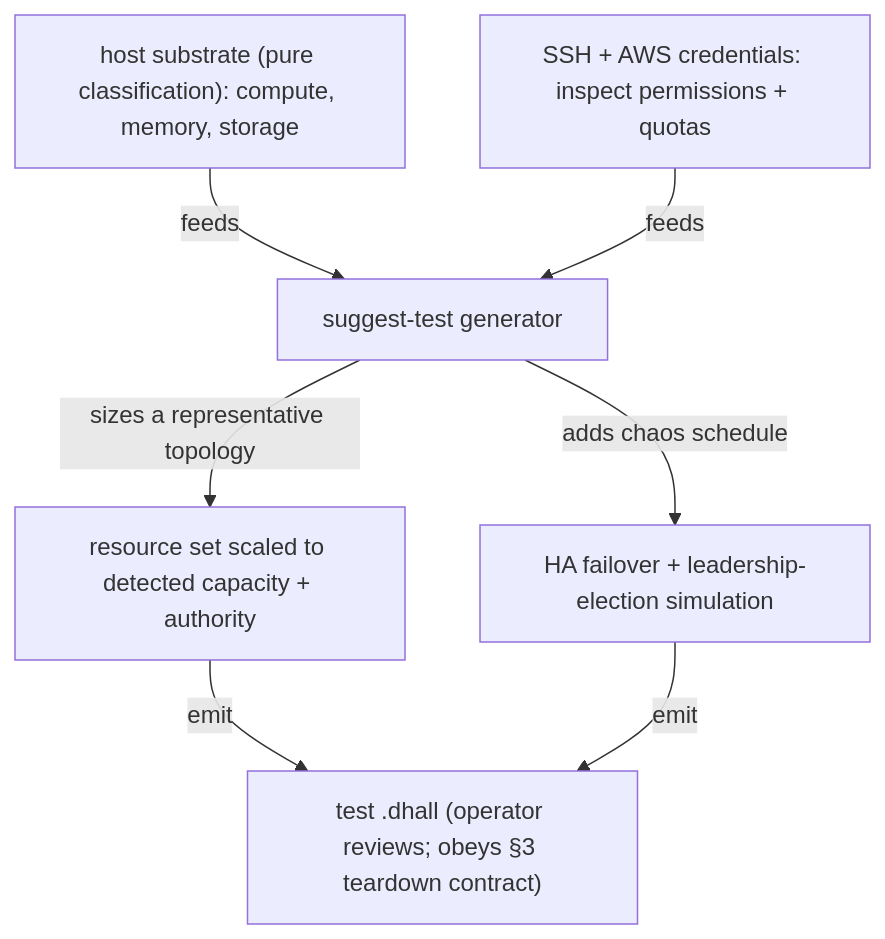
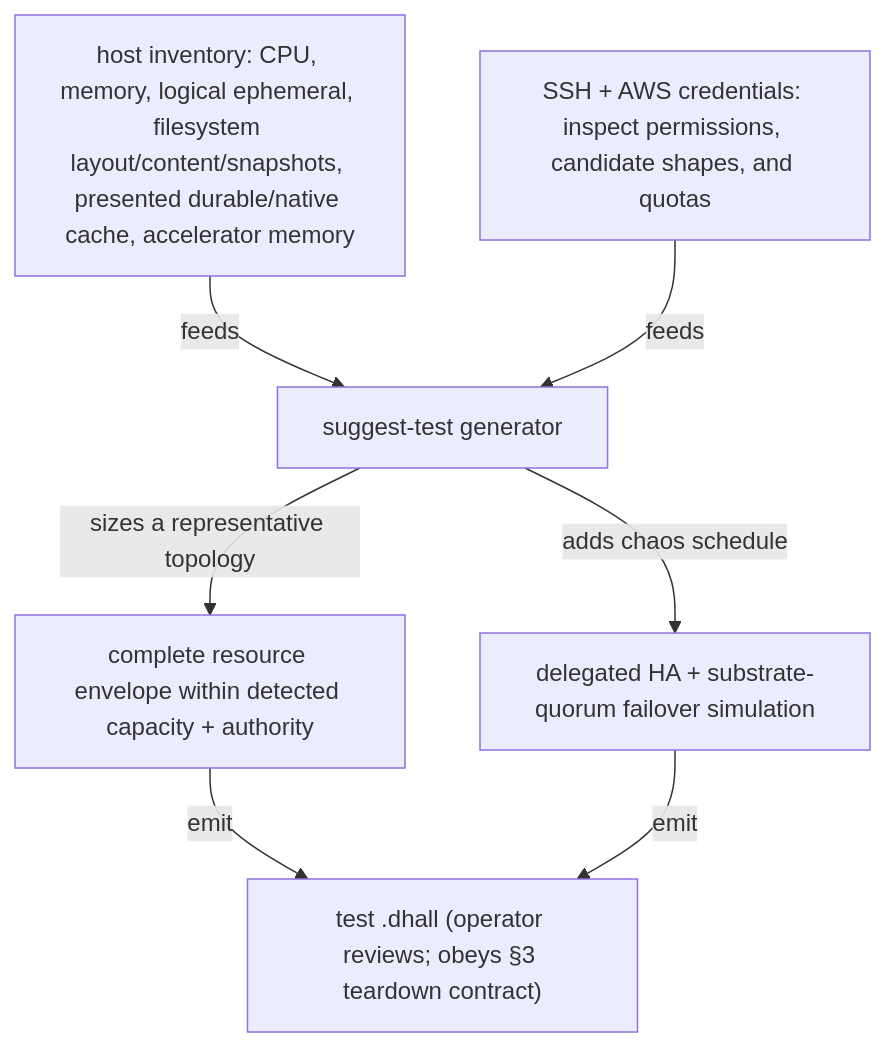
Before and after one commit to Tuee22/amoebius: the second of 2 diagrams in documents/engineering/testing_doctrine.md, drawn with Mermaid. The commit also changed other lines of this file and 87 other files, not shown here.

````diff
--- a/documents/engineering/testing_doctrine.md
+++ b/documents/engineering/testing_doctrine.md
@@ -243,9 +257,9 @@
 ```mermaid
 flowchart TD
-  host["host substrate (pure classification): compute, memory, storage"] -->|feeds| gen["suggest-test generator"]
-  creds["SSH + AWS credentials: inspect permissions + quotas"] -->|feeds| gen
-  gen -->|sizes a representative topology| res["resource set scaled to detected capacity + authority"]
-  gen -->|adds chaos schedule| chaos["HA failover + leadership-election simulation"]
+  host["host inventory: CPU, memory, logical ephemeral, filesystem layout/content/snapshots, presented durable/native cache, accelerator memory"] -->|feeds| gen["suggest-test generator"]
+  creds["SSH + AWS credentials: inspect permissions, candidate shapes, and quotas"] -->|feeds| gen
+  gen -->|sizes a representative topology| res["complete resource envelope within detected capacity + authority"]
+  gen -->|adds chaos schedule| chaos["delegated HA + substrate-quorum failover simulation"]
   res -->|emit| out["test .dhall (operator reviews; obeys §3 teardown contract)"]
   chaos -->|emit| out
 ```
````
